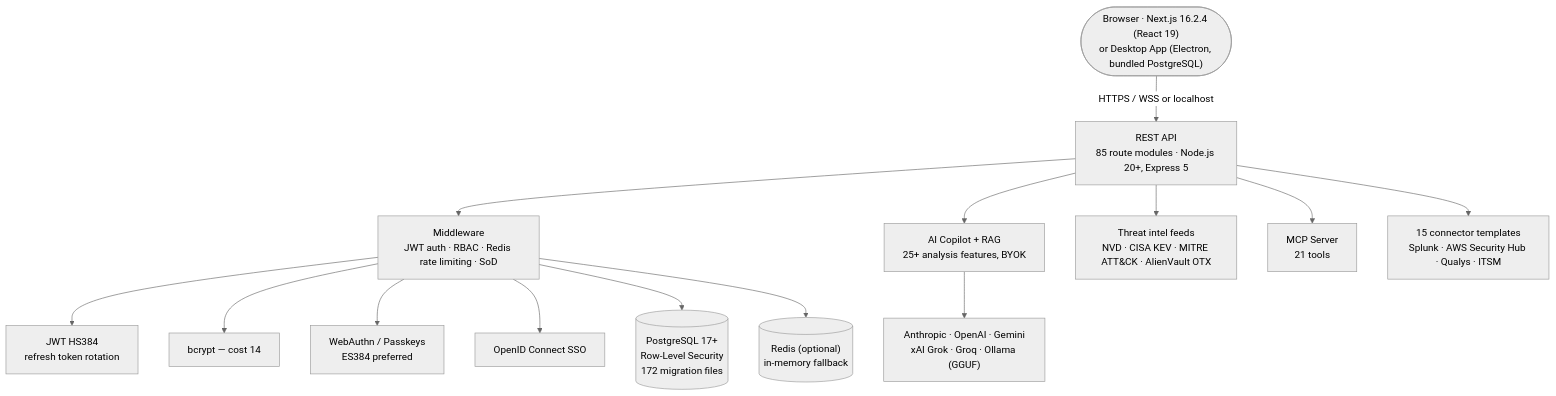
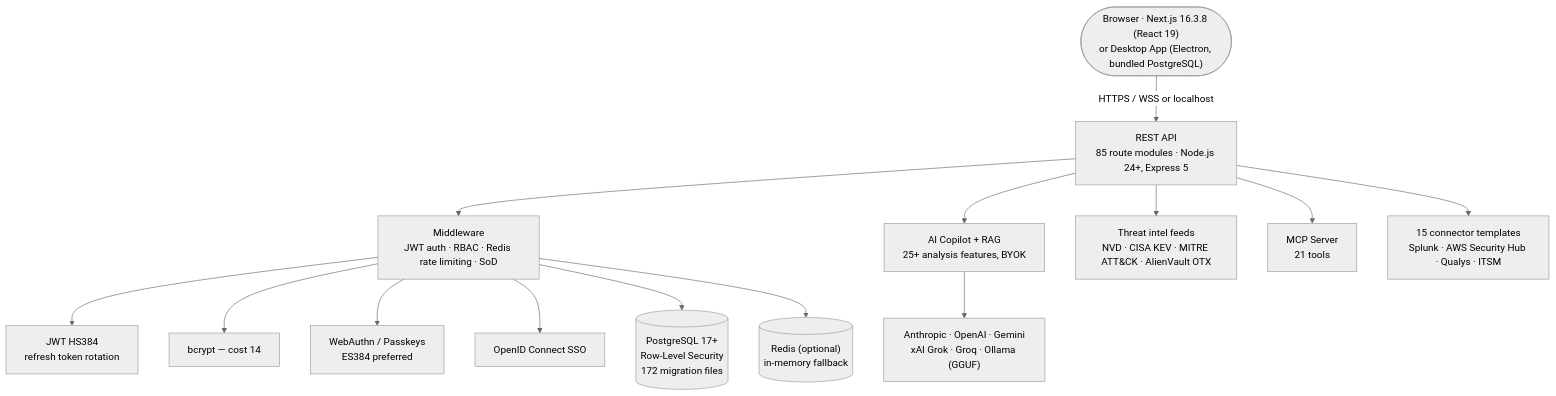
One commit to sherifconteh-collab/ai-grc-platform changed the diagram in README.md. Above: the diagram before and after it, drawn with Mermaid (neutral theme). The commit also changed other lines of this file and 5 other files, not shown here.

````diff
--- a/README.md
+++ b/README.md
@@ -689,31 +689,31 @@
 ```mermaid
 graph TD
-    Client(["Browser · Next.js 16.2.4 (React 19)<br/>or Desktop App (Electron, bundled PostgreSQL)"])
-    API["REST API<br/>85 route modules · Node.js 20+, Express 5"]
+    Client(["Browser · Next.js 16.3.8 (React 19)<br/>or Desktop App (Electron, bundled PostgreSQL)"])
+    API["REST API<br/>85 route modules · Node.js 24+, Express 5"]
     MW["Middleware<br/>JWT auth · RBAC · Redis rate limiting · SoD"]
     JWTNode["JWT HS384<br/>refresh token rotation"]
     Bcrypt["bcrypt — cost 14"]
     WebAuthn["WebAuthn / Passkeys<br/>ES384 preferred"]
     OIDC["OpenID Connect SSO"]
     DB[("PostgreSQL 17+<br/>Row-Level Security<br/>172 migration files")]
     Cache[("Redis (optional)<br/>in-memory fallback")]
     Copilot["AI Copilot + RAG<br/>25+ analysis features, BYOK"]
     Providers["Anthropic · OpenAI · Gemini<br/>xAI Grok · Groq · Ollama (GGUF)"]
     Feeds["Threat intel feeds<br/>NVD · CISA KEV · MITRE ATT&CK · AlienVault OTX"]
     MCP["MCP Server<br/>21 tools"]
     Connectors["15 connector templates<br/>Splunk · AWS Security Hub · Qualys · ITSM"]
 
     Client -->|HTTPS / WSS or localhost| API
     API --> MW
     MW --> JWTNode
     MW --> Bcrypt
     MW --> WebAuthn
     MW --> OIDC
     MW --> DB
     MW --> Cache
     API --> Copilot
     Copilot --> Providers
     API --> Feeds
     API --> MCP
     API --> Connectors
 ```
````
